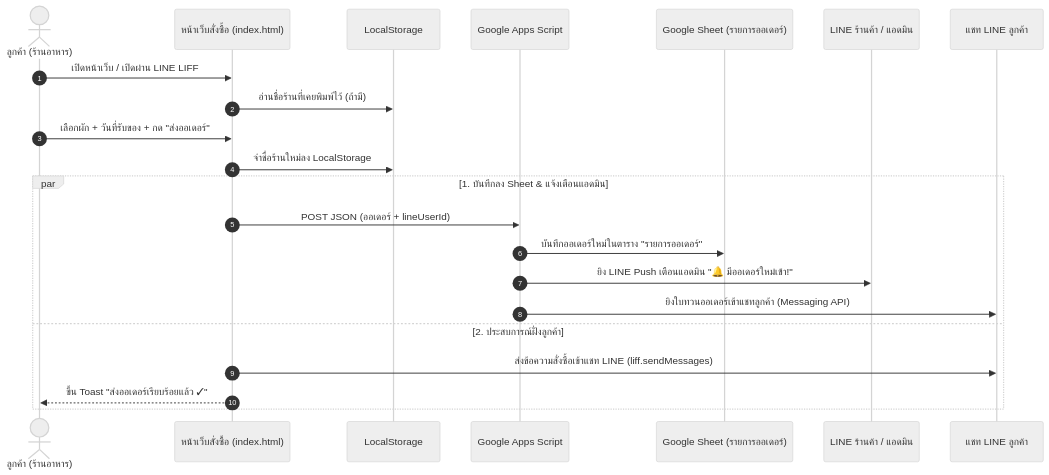
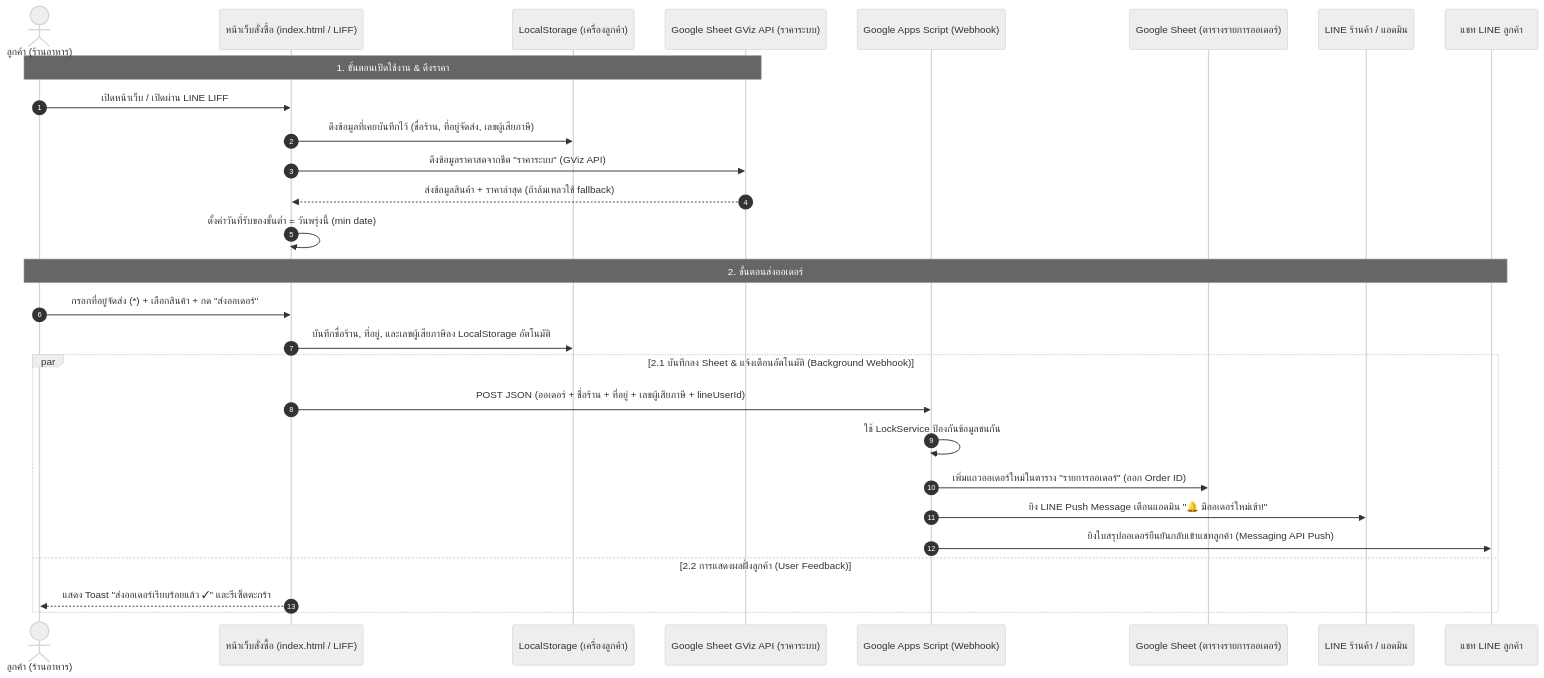
One commit to Fang14298/produce-order changed the diagram in README.md. Above: the diagram before and after it, drawn with Mermaid (neutral theme). The commit also changed other lines of this file and 7 other files, not shown here.

Commit message:
feat: update address/tax fields, GAS script, and documentation

````diff
--- a/README.md
+++ b/README.md
@@ -21,25 +21,33 @@
 ```mermaid
 sequenceDiagram
     autonumber
     actor Customer as ลูกค้า (ร้านอาหาร)
-    participant WebApp as หน้าเว็บสั่งซื้อ (index.html)
-    participant Storage as LocalStorage
-    participant GAS as Google Apps Script
-    participant Sheet as Google Sheet (รายการออเดอร์)
+    participant WebApp as หน้าเว็บสั่งซื้อ (index.html / LIFF)
+    participant Storage as LocalStorage (เครื่องลูกค้า)
+    participant GViz as Google Sheet GViz API (ราคาระบบ)
+    participant GAS as Google Apps Script (Webhook)
+    participant Sheet as Google Sheet (ตารางรายการออเดอร์)
     participant AdminLine as LINE ร้านค้า / แอดมิน
     participant CustomerLine as แชท LINE ลูกค้า
 
+    Note over Customer,GViz: 1. ขั้นตอนเปิดใช้งาน & ดึงราคา
     Customer->>WebApp: เปิดหน้าเว็บ / เปิดผ่าน LINE LIFF
-    WebApp->>Storage: อ่านชื่อร้านที่เคยพิมพ์ไว้ (ถ้ามี)
-    Customer->>WebApp: เลือกผัก + วันที่รับของ + กด "ส่งออเดอร์"
-    WebApp->>Storage: จำชื่อร้านใหม่ลง LocalStorage
-    par 1. บันทึกลง Sheet & แจ้งเตือนแอดมิน
-        WebApp->>GAS: POST JSON (ออเดอร์ + lineUserId)
-        GAS->>Sheet: บันทึกออเดอร์ใหม่ในตาราง "รายการออเดอร์"
-        GAS->>AdminLine: ยิง LINE Push เตือนแอดมิน "🔔 มีออเดอร์ใหม่เข้า!"
-        GAS->>CustomerLine: ยิงใบทวนออเดอร์เข้าแชทลูกค้า (Messaging API)
-    and 2. ประสบการณ์ฝั่งลูกค้า
-        WebApp->>CustomerLine: ส่งข้อความสั่งซื้อเข้าแชท LINE (liff.sendMessages)
-        WebApp-->>Customer: ขึ้น Toast "ส่งออเดอร์เรียบร้อยแล้ว ✓"
+    WebApp->>Storage: ดึงข้อมูลที่เคยบันทึกไว้ (ชื่อร้าน, ที่อยู่จัดส่ง, เลขผู้เสียภาษี)
+    WebApp->>GViz: ดึงข้อมูลราคาสดจากชีต "ราคาระบบ" (GViz API)
+    GViz-->>WebApp: ส่งข้อมูลสินค้า + ราคาล่าสุด (ถ้าล้มเหลวใช้ fallback)
+    WebApp->>WebApp: ตั้งค่าวันที่รับของขั้นต่ำ = วันพรุ่งนี้ (min date)
+
+    Note over Customer,CustomerLine: 2. ขั้นตอนส่งออเดอร์
+    Customer->>WebApp: กรอกที่อยู่จัดส่ง (*) + เลือกสินค้า + กด "ส่งออเดอร์"
+    WebApp->>Storage: บันทึกชื่อร้าน, ที่อยู่, และเลขผู้เสียภาษีลง LocalStorage อัตโนมัติ
+    
+    par 2.1 บันทึกลง Sheet & แจ้งเตือนอัตโนมัติ (Background Webhook)
+        WebApp->>GAS: POST JSON (ออเดอร์ + ชื่อร้าน + ที่อยู่ + เลขผู้เสียภาษี + lineUserId)
+        GAS->>GAS: ใช้ LockService ป้องกันข้อมูลชนกัน
+        GAS->>Sheet: เพิ่มแถวออเดอร์ใหม่ในตาราง "รายการออเดอร์" (ออก Order ID)
+        GAS->>AdminLine: ยิง LINE Push Message เตือนแอดมิน "🔔 มีออเดอร์ใหม่เข้า!"
+        GAS->>CustomerLine: ยิงใบสรุปออเดอร์ยืนยันกลับเข้าแชทลูกค้า (Messaging API Push)
+    and 2.2 การแสดงผลฝั่งลูกค้า (User Feedback)
+        WebApp-->>Customer: แสดง Toast "ส่งออเดอร์เรียบร้อยแล้ว ✓" และรีเซ็ตตะกร้า
     end
 ```
````
